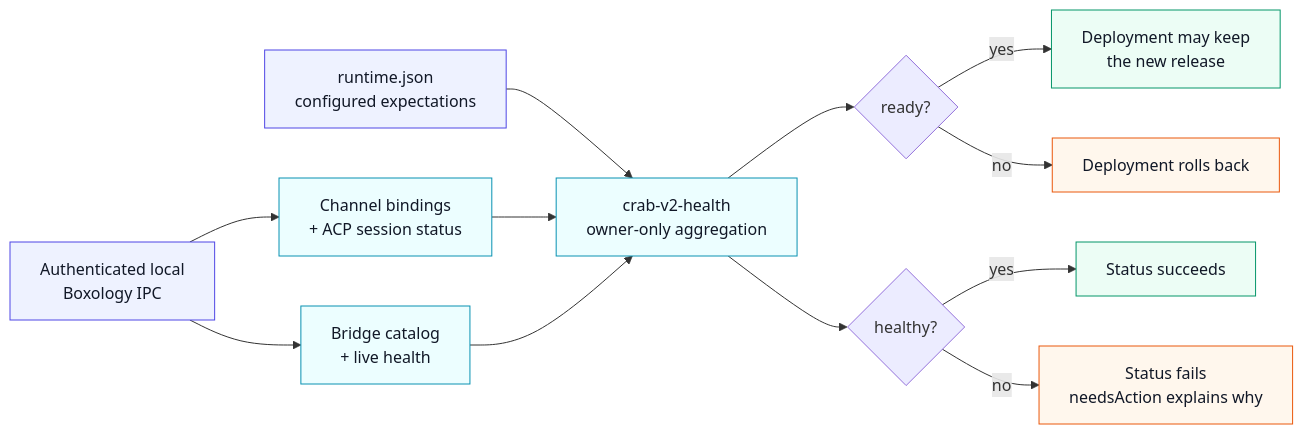
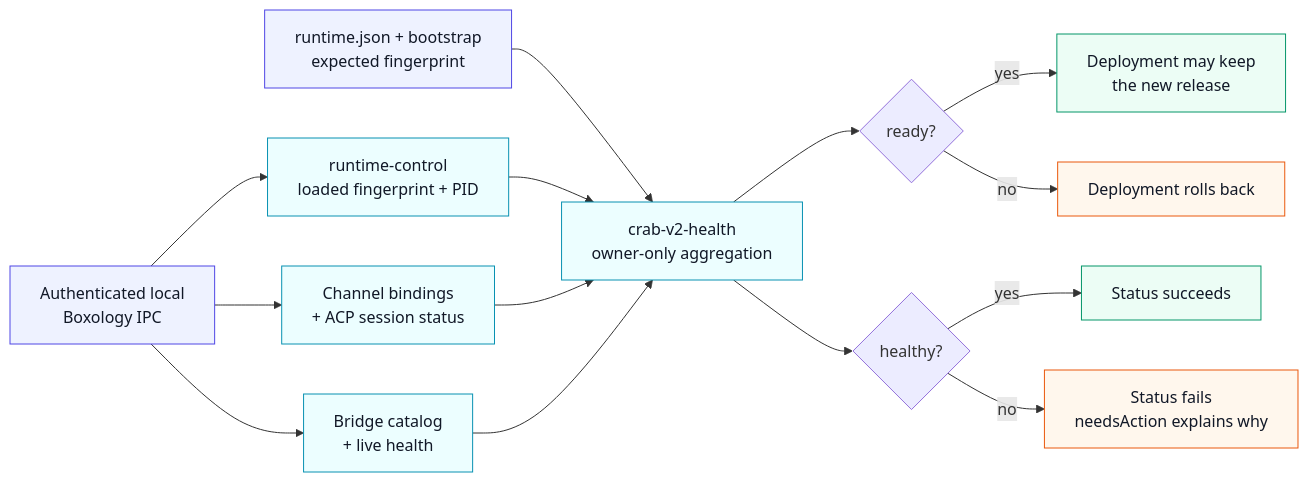
Before and after one commit to fontanierh/crab: the diagram in v2/docs/runtime-health-flow.mmd, drawn with Mermaid. The commit also changed 30 other files, not shown here.

```diff
--- a/v2/docs/runtime-health-flow.mmd
+++ b/v2/docs/runtime-health-flow.mmd
@@ -1,24 +1,26 @@
 flowchart LR
-    CONFIG["runtime.json<br/>configured expectations"] --> HEALTH["crab-v2-health<br/>owner-only aggregation"]
+    CONFIG["runtime.json + bootstrap<br/>expected fingerprint"] --> HEALTH["crab-v2-health<br/>owner-only aggregation"]
 
-    IPC["Authenticated local<br/>Boxology IPC"] --> CHANNELS["Channel bindings<br/>+ ACP session status"]
+    IPC["Authenticated local<br/>Boxology IPC"] --> RUNTIME["runtime-control<br/>loaded fingerprint + PID"]
+    IPC --> CHANNELS["Channel bindings<br/>+ ACP session status"]
     IPC --> BRIDGES["Bridge catalog<br/>+ live health"]
+    RUNTIME --> HEALTH
     CHANNELS --> HEALTH
     BRIDGES --> HEALTH
 
     HEALTH --> READY{"ready?"}
     READY -->|yes| DEPLOY["Deployment may keep<br/>the new release"]
     READY -->|no| ROLLBACK["Deployment rolls back"]
 
     HEALTH --> HEALTHY{"healthy?"}
     HEALTHY -->|yes| STATUS["Status succeeds"]
     HEALTHY -->|no| ACTION["Status fails<br/>needsAction explains why"]
 
     classDef source fill:#eef2ff,stroke:#4f46e5,color:#111827;
     classDef action fill:#ecfeff,stroke:#0891b2,color:#111827;
     classDef success fill:#ecfdf5,stroke:#059669,color:#111827;
     classDef failure fill:#fff7ed,stroke:#ea580c,color:#111827;
     class CONFIG,IPC source;
-    class CHANNELS,BRIDGES,HEALTH action;
+    class RUNTIME,CHANNELS,BRIDGES,HEALTH action;
     class DEPLOY,STATUS success;
     class ROLLBACK,ACTION failure;
```
